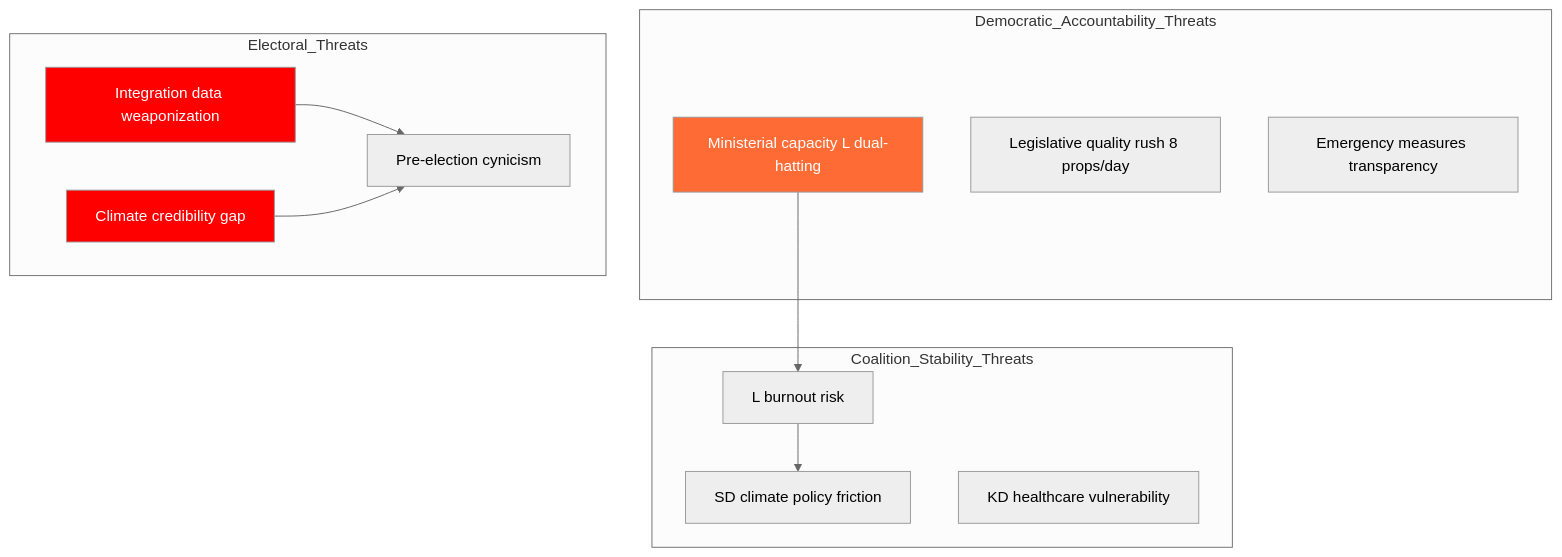
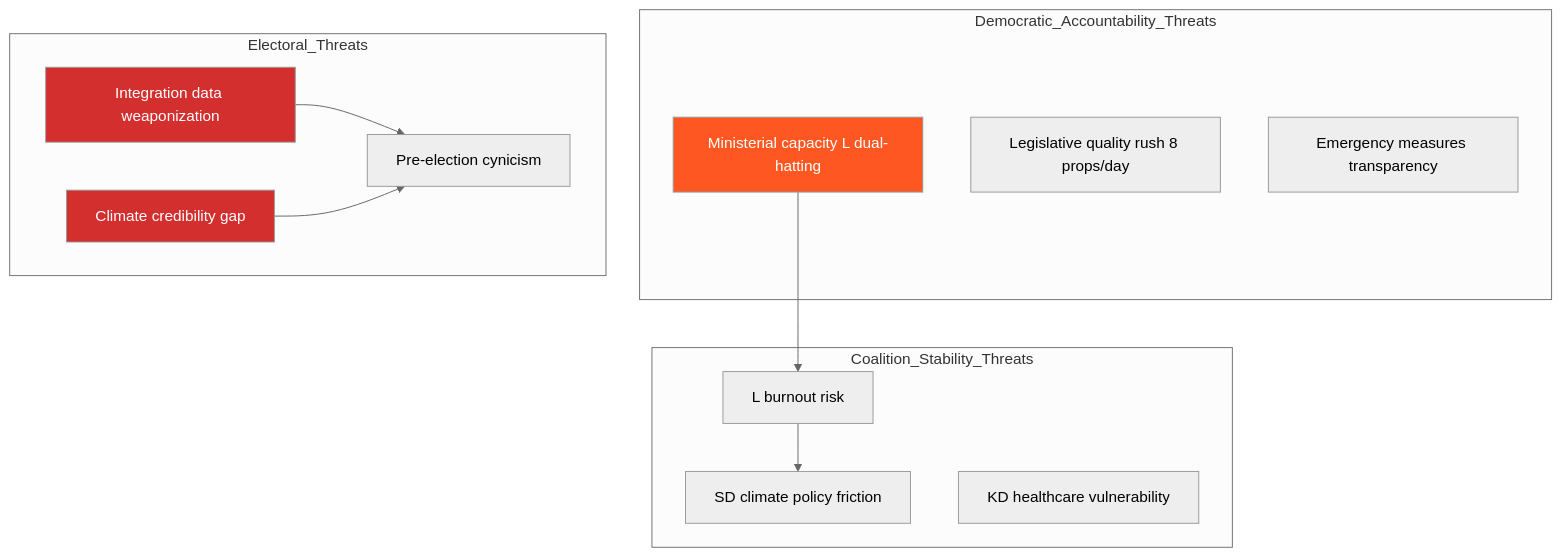
Before and after one commit to Hack23/riksdagsmonitor: the diagram in analysis/daily/2026-04-14/evening-analysis-2/threat-analysis.md, drawn with Mermaid (neutral theme). The commit also changed 785 other files, not shown here.

First line of the commit message:
Normalize mermaid colors across 786 analysis artifacts to ISMS Style Guide palette

````diff
--- a/analysis/daily/2026-04-14/evening-analysis-2/threat-analysis.md
+++ b/analysis/daily/2026-04-14/evening-analysis-2/threat-analysis.md
@@ -9,26 +9,26 @@
 ```mermaid
 graph TD
     subgraph Democratic_Accountability_Threats
         T1[Ministerial capacity L dual-hatting]
         T2[Legislative quality rush 8 props/day]
         T3[Emergency measures transparency]
     end
     subgraph Coalition_Stability_Threats
         T4[SD climate policy friction]
         T5[KD healthcare vulnerability]
         T6[L burnout risk]
     end
     subgraph Electoral_Threats
         T7[Integration data weaponization]
         T8[Climate credibility gap]
         T9[Pre-election cynicism]
     end
     T1 --> T6
     T6 --> T4
     T7 --> T9
     T8 --> T9
 
-    style T1 fill:#ff6b35,color:#fff
-    style T7 fill:#ff0000,color:#fff
-    style T8 fill:#ff0000,color:#fff
+    style T1 fill:#FF5722,color:#FFFFFF
+    style T7 fill:#D32F2F,color:#FFFFFF
+    style T8 fill:#D32F2F,color:#FFFFFF
 ```
````
